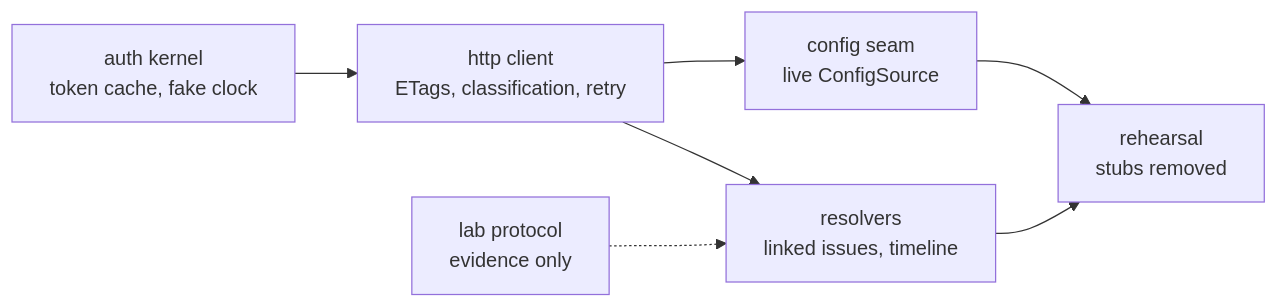
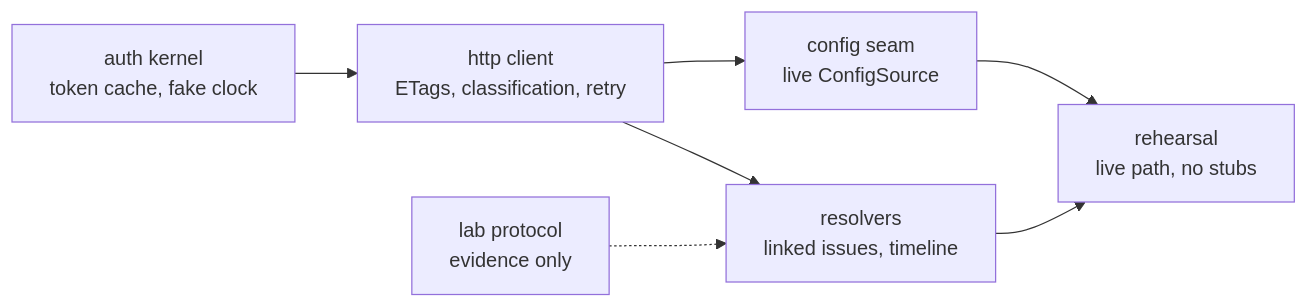
The third of 3 diagrams in design/guides/adapter.md (cheese-cakee/sdk-automations), drawn with Mermaid before and after one commit. The commit also changed other lines of this file and 11 other files, not shown here.

````diff
--- a/design/guides/adapter.md
+++ b/design/guides/adapter.md
@@ -133,9 +134,9 @@
 ```mermaid
 flowchart LR
     A["auth kernel<br/>token cache, fake clock"] --> B["http client<br/>ETags, classification, retry"]
     B --> C["config seam<br/>live ConfigSource"]
     B --> E["resolvers<br/>linked issues, timeline"]
     D["lab protocol<br/>evidence only"] -.-> E
-    C --> F["rehearsal<br/>stubs removed"]
+    C --> F["rehearsal<br/>live path, no stubs"]
     E --> F
 ```
````
